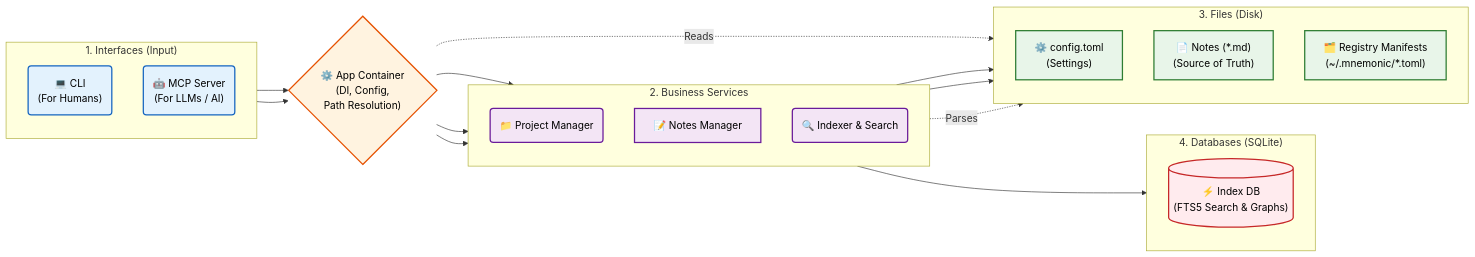
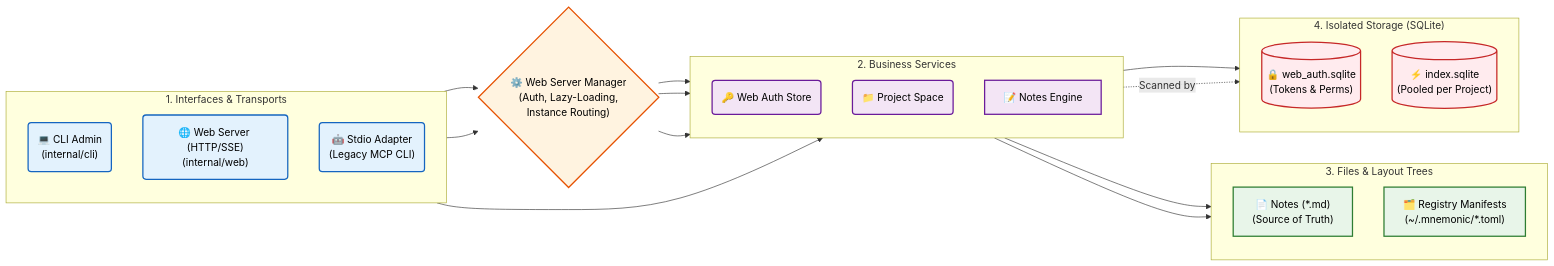
The first of 2 diagrams in README.md (ilyachch/mnemonic), drawn with Mermaid before and after one commit. The commit also changed other lines of this file and 18 other files, not shown here.

First line of the commit message:
6 web mcp server token authorization (#21)

````diff
--- a/README.md
+++ b/README.md
@@ -343,56 +248,56 @@
 ```mermaid
 flowchart LR
     %% Styling
     classDef interface fill:#e3f2fd,stroke:#1565c0,stroke-width:2px,color:#000
     classDef core fill:#fff3e0,stroke:#e65100,stroke-width:2px,color:#000
     classDef logic fill:#f3e5f5,stroke:#6a1b9a,stroke-width:2px,color:#000
     classDef storage fill:#e8f5e9,stroke:#2e7d32,stroke-width:2px,color:#000
     classDef db fill:#ffebee,stroke:#c62828,stroke-width:2px,color:#000
 
     %% 1. External Interfaces
-    subgraph Interfaces ["1. Interfaces (Input)"]
+    subgraph Interfaces ["1. Interfaces & Transports"]
         direction TB
-        CLI("💻 CLI\n(For Humans)"):::interface
-        MCP("🤖 MCP Server\n(For LLMs / AI)"):::interface
+        CLI("💻 CLI Admin\n(internal/cli)"):::interface
+        WEB("🌐 Web Server (HTTP/SSE)\n(internal/web)"):::interface
+        STDIO("🤖 Stdio Adapter\n(Legacy MCP CLI)"):::interface
     end
 
-    %% 2. Core
-    App{"⚙️ App Container\n(DI, Config,\nPath Resolution)"}:::core
+    %% 2. Core & Server Management
+    App{"⚙️ Web Server Manager\n(Auth, Lazy-Loading,\nInstance Routing)"}:::core
 
     %% 3. Business Logic
     subgraph Services ["2. Business Services"]
         direction TB
-        Proj("📁 Project Manager"):::logic
-        Note["📝 Notes Manager"]:::logic
-        Idx("🔍 Indexer & Search"):::logic
+        Auth("🔑 Web Auth Store"):::logic
+        Proj("📁 Project Space"):::logic
+        Note["📝 Notes Engine"]:::logic
     end
 
     %% 4. File System
-    subgraph Storage ["3. Files (Disk)"]
+    subgraph Storage ["3. Files & Layout Trees"]
         direction TB
-        Conf["⚙️ config.toml\n(Settings)"]:::storage
         MD["📄 Notes (*.md)\n(Source of Truth)"]:::storage
         Reg["🗂️ Registry Manifests\n(~/.mnemonic/*.toml)"]:::storage
     end
 
     %% 5. Databases
-    subgraph DBs ["4. Databases (SQLite)"]
+    subgraph DBs ["4. Isolated Storage (SQLite)"]
         direction TB
-        FTS[("⚡ Index DB\n(FTS5 Search & Graphs)")]:::db
+        AuthDB[("🔒 web_auth.sqlite\n(Tokens & Perms)")]:::db
+        FTS[("⚡ index.sqlite\n(Pooled per Project)")]:::db
     end
 
     %% Flow connections
     CLI --> App
-    MCP --> App
+    WEB --> App
+    STDIO --> Proj
 
+    App --> Auth
     App --> Proj
     App --> Note
-    App --> Idx
 
-    %% Storage connections
-    App -. Reads .-> Conf
+    Auth --> AuthDB
     Proj --> Reg
     Note --> MD
-    Idx --> FTS
-    Idx -. Parses .-> MD
+    Note -. Scanned by .-> FTS
 ```
````
